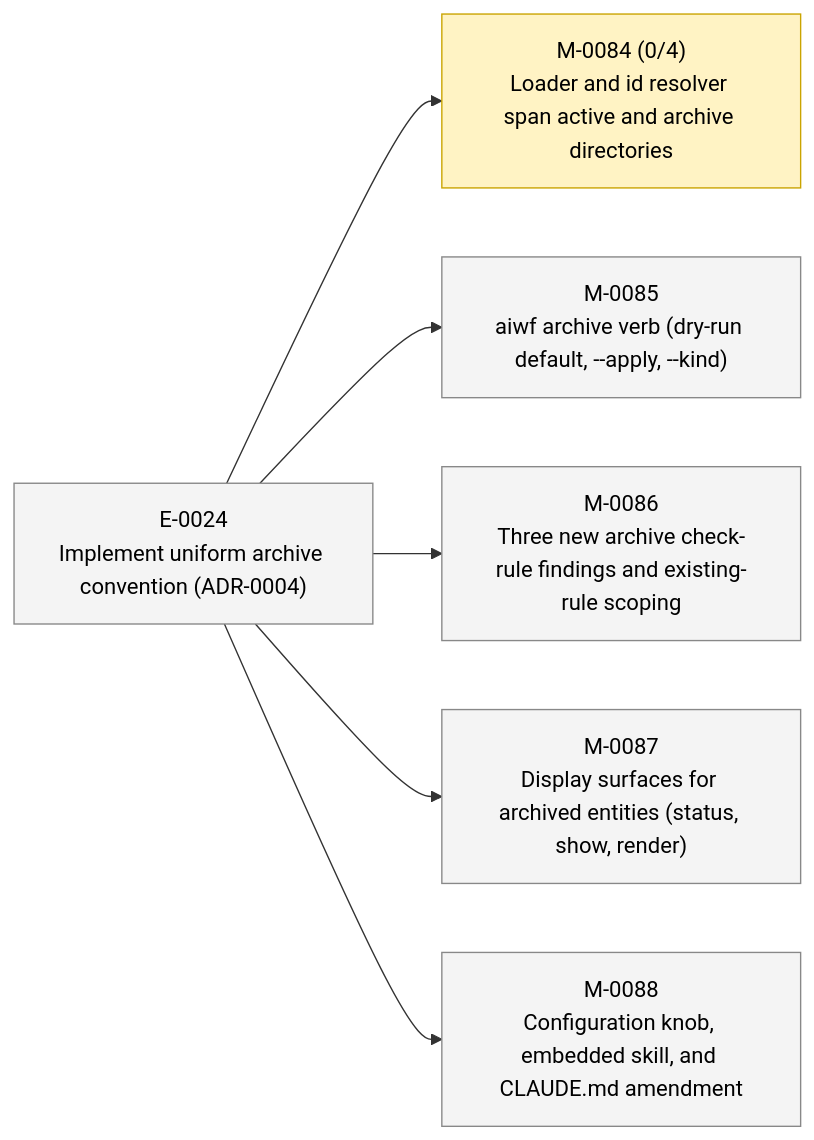
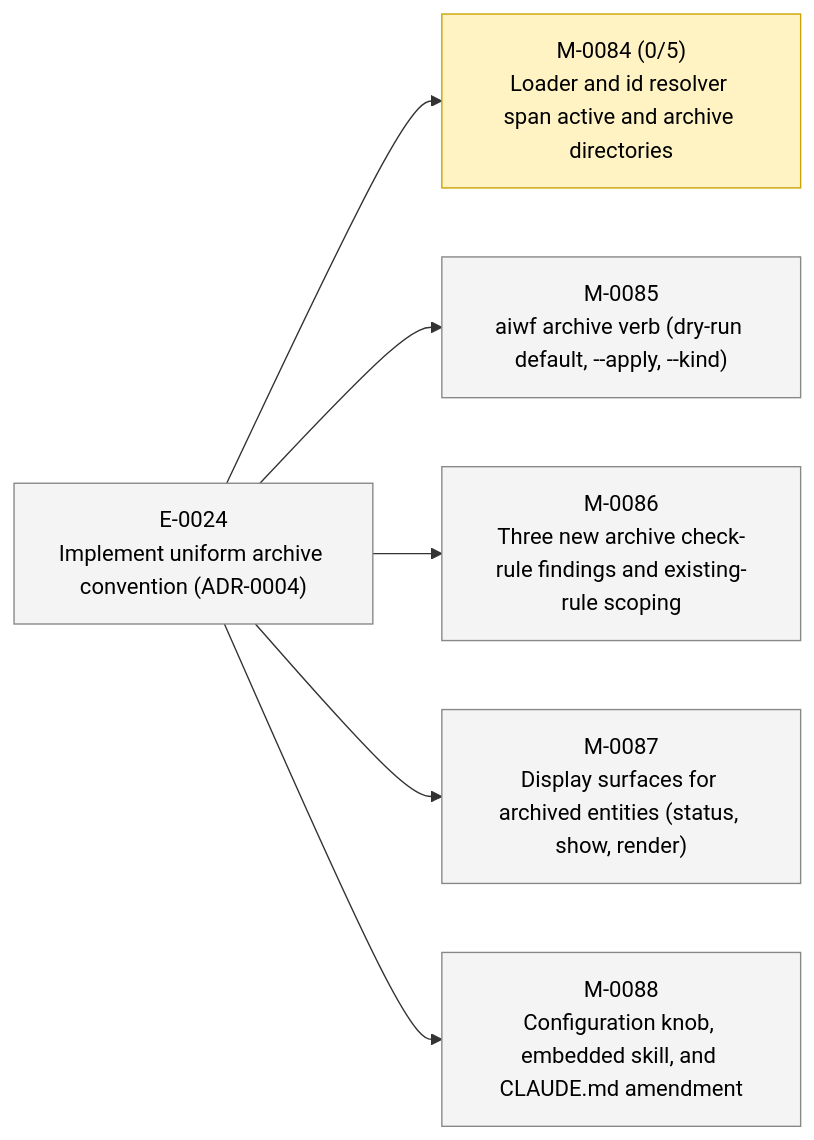
The second of 2 diagrams in STATUS.md (23min/aiwf), drawn with Mermaid before and after one commit. The commit also changed other lines of this file and 1 other file, not shown here.

First line of the commit message:
aiwf add ac M-0084/AC-5 "aiwf history <id> walks across an archive rename via existing trailers"

````diff
--- a/STATUS.md
+++ b/STATUS.md
@@ -49,20 +49,20 @@
 ```mermaid
 flowchart LR
   E_0024["E-0024<br/>Implement uniform archive convention (ADR-0004)"]:::epic_proposed
-  M_0084["M-0084 (0/4)<br/>Loader and id resolver span active and archive directories"]:::ms_in_progress
+  M_0084["M-0084 (0/5)<br/>Loader and id resolver span active and archive directories"]:::ms_in_progress
   E_0024 --> M_0084
   M_0085["M-0085<br/>aiwf archive verb (dry-run default, --apply, --kind)"]:::ms_draft
   E_0024 --> M_0085
   M_0086["M-0086<br/>Three new archive check-rule findings and existing-rule scoping"]:::ms_draft
   E_0024 --> M_0086
   M_0087["M-0087<br/>Display surfaces for archived entities (status, show, render)"]:::ms_draft
   E_0024 --> M_0087
   M_0088["M-0088<br/>Configuration knob, embedded skill, and CLAUDE.md amendment"]:::ms_draft
   E_0024 --> M_0088
   classDef epic_active fill:#d6eaff,stroke:#1a73e8,color:#000
   classDef epic_proposed fill:#f4f4f4,stroke:#888,color:#000
   classDef ms_done fill:#d8f5d8,stroke:#2a8a2a,color:#000
   classDef ms_in_progress fill:#fff3c4,stroke:#caa400,color:#000
   classDef ms_draft fill:#f4f4f4,stroke:#888,color:#000
   classDef ms_cancelled fill:#fbeaea,stroke:#c33,color:#000
 ```
````
